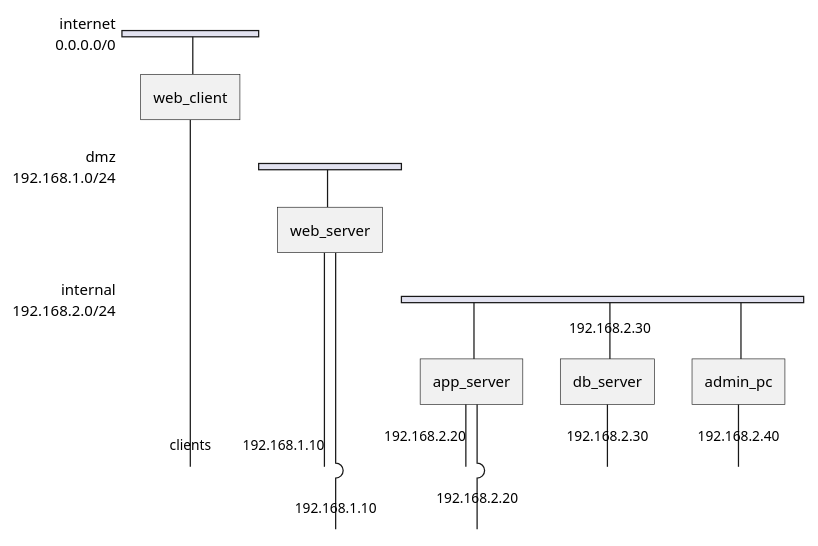
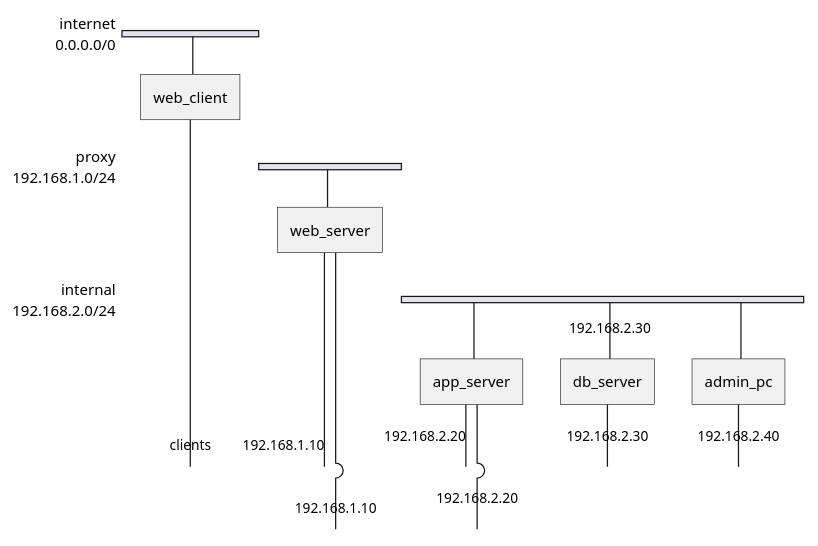
Before and after one commit to Martell805/PKSS: the diagram in pr10/net.puml, drawn with PlantUML.

```diff
--- a/pr10/net.puml
+++ b/pr10/net.puml
@@ -1,22 +1,22 @@
 @startuml
 nwdiag {
   network internet {
     address = "0.0.0.0/0";
     web_client [address = "clients"];
   }
-  network dmz {
+  network proxy {
     address = "192.168.1.0/24";
     web_server [address = "192.168.1.10"];
   }
   network internal {
     address = "192.168.2.0/24";
     app_server [address = "192.168.2.20"];
     db_server [address = "192.168.2.30"];
     admin_pc [address = "192.168.2.40"];
   }
   web_client -- web_server;
   web_server -- app_server;
   app_server -- db_server;
   admin_pc -- db_server;
 }
 @enduml
```
